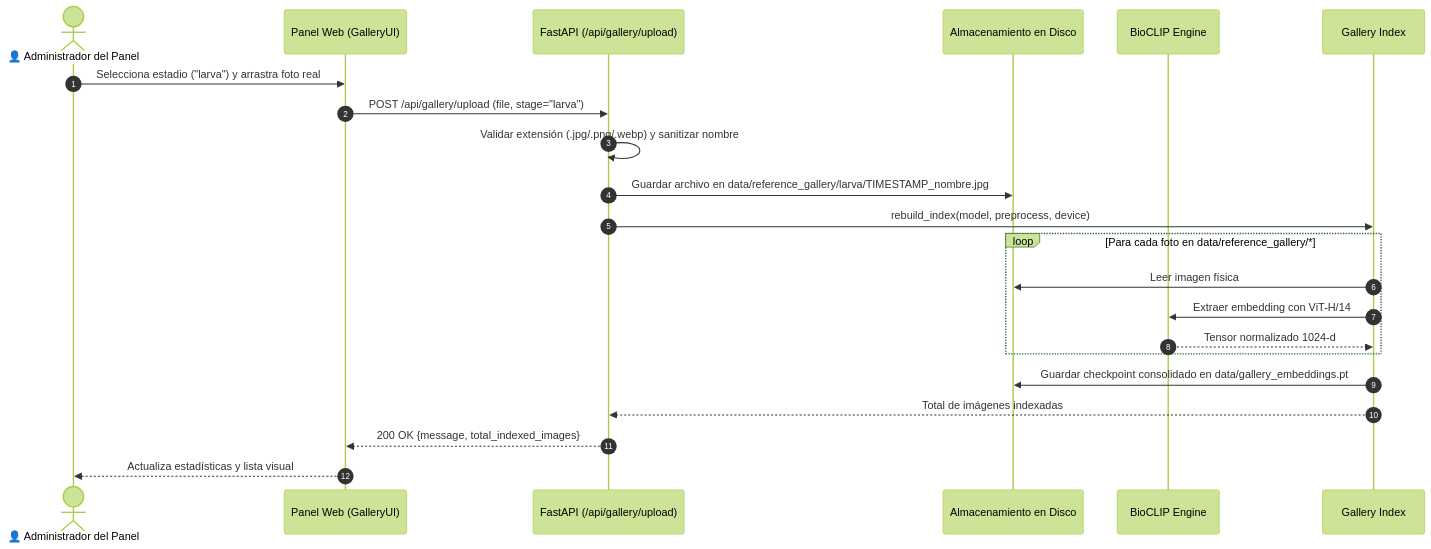
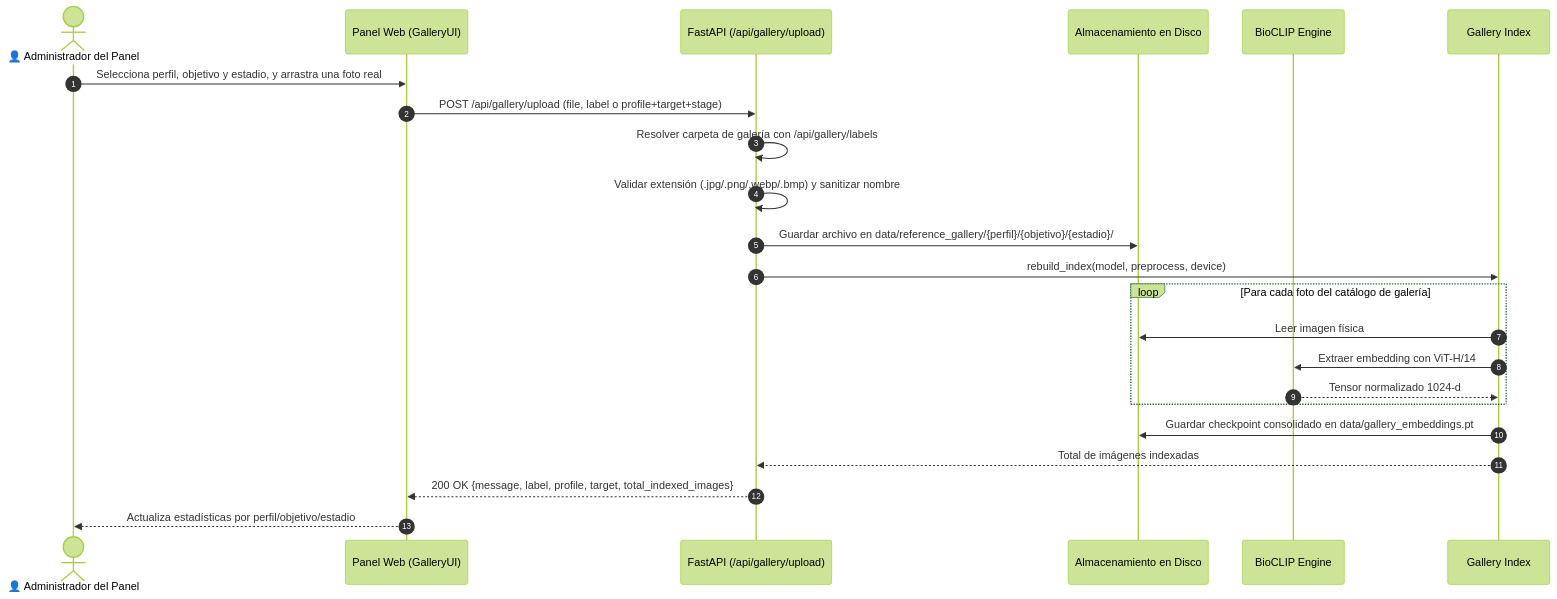
The second of 4 diagrams in docs/SEQUENCE_DIAGRAMS.md (VoctorMCL/macollo-trips-api), drawn with Mermaid (forest theme) before and after one commit. The commit also changed other lines of this file and 61 other files, not shown here.

````diff
--- a/docs/SEQUENCE_DIAGRAMS.md
+++ b/docs/SEQUENCE_DIAGRAMS.md
@@ -65,29 +65,30 @@
 ```mermaid
 sequenceDiagram
     autonumber
     actor Admin as 👤 Administrador del Panel
     participant UI as Panel Web (GalleryUI)
     participant API as FastAPI (/api/gallery/upload)
     participant Disk as Almacenamiento en Disco
     participant Bio as BioCLIP Engine
     participant Gal as Gallery Index
 
-    Admin->>UI: Selecciona estadio ("larva") y arrastra foto real
-    UI->>API: POST /api/gallery/upload (file, stage="larva")
+    Admin->>UI: Selecciona perfil, objetivo y estadio, y arrastra una foto real
+    UI->>API: POST /api/gallery/upload (file, label o profile+target+stage)
     
-    API->>API: Validar extensión (.jpg/.png/.webp) y sanitizar nombre
-    API->>Disk: Guardar archivo en data/reference_gallery/larva/TIMESTAMP_nombre.jpg
+    API->>API: Resolver carpeta de galería con /api/gallery/labels
+    API->>API: Validar extensión (.jpg/.png/.webp/.bmp) y sanitizar nombre
+    API->>Disk: Guardar archivo en data/reference_gallery/{perfil}/{objetivo}/{estadio}/
     
     API->>Gal: rebuild_index(model, preprocess, device)
     
-    loop Para cada foto en data/reference_gallery/*
+    loop Para cada foto del catálogo de galería
         Gal->>Disk: Leer imagen física
         Gal->>Bio: Extraer embedding con ViT-H/14
         Bio-->>Gal: Tensor normalizado 1024-d
     end
 
     Gal->>Disk: Guardar checkpoint consolidado en data/gallery_embeddings.pt
     Gal-->>API: Total de imágenes indexadas
-    API-->>UI: 200 OK {message, total_indexed_images}
-    UI-->>Admin: Actualiza estadísticas y lista visual
+    API-->>UI: 200 OK {message, label, profile, target, total_indexed_images}
+    UI-->>Admin: Actualiza estadísticas por perfil/objetivo/estadio
 ```
````
